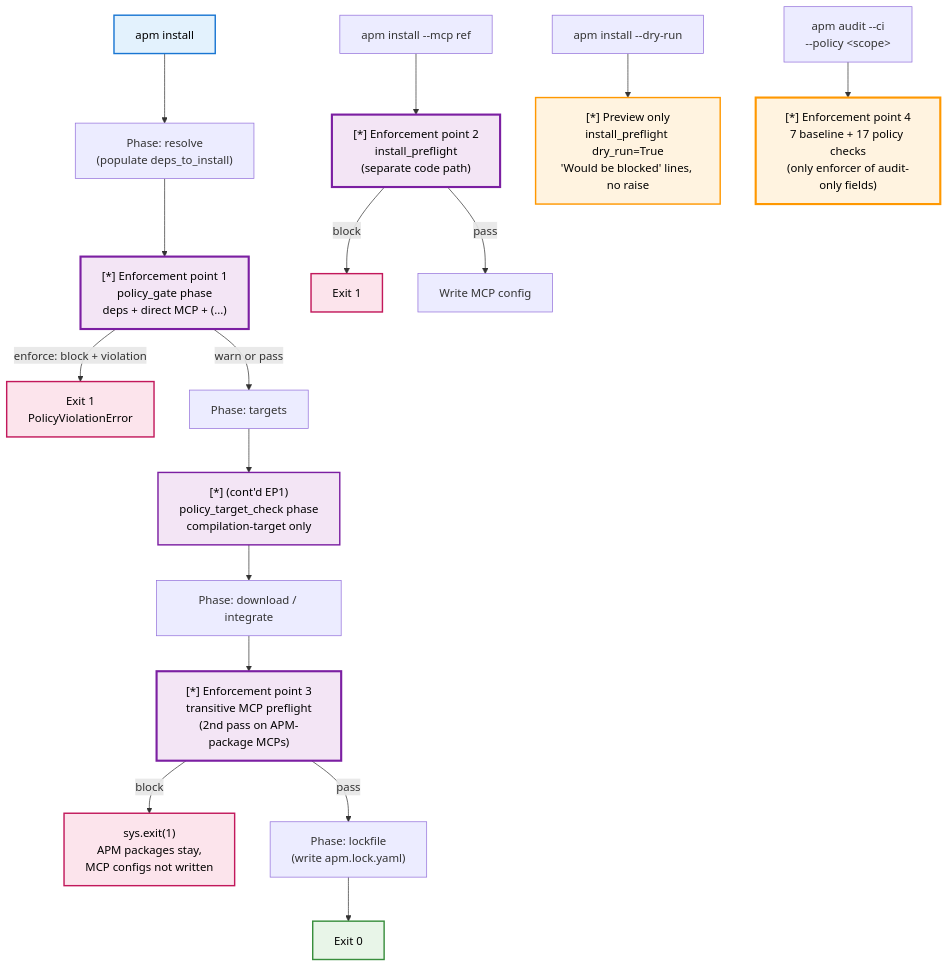
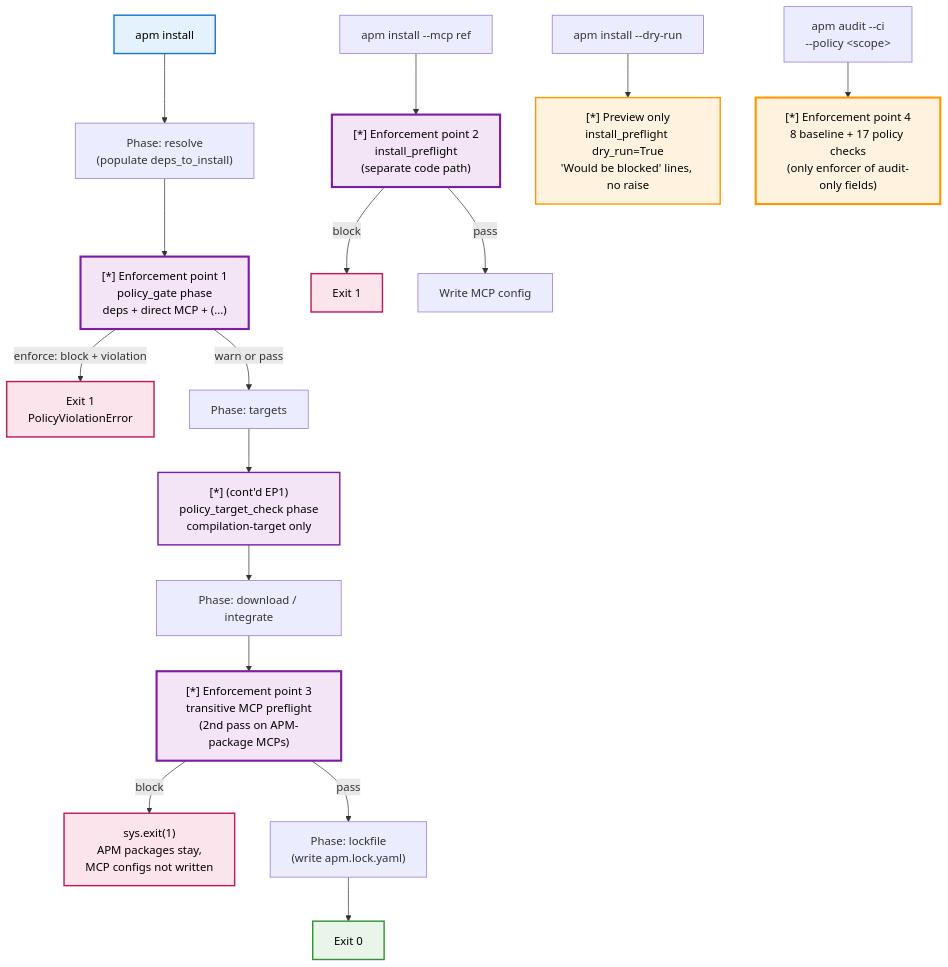
One commit to NeatNerdPrime/apm changed the first of 4 diagrams in docs/src/content/docs/enterprise/governance-guide.md. Above: the diagram before and after it, drawn with Mermaid. The commit also changed other lines of this file and 146 other files, not shown here.

````diff
--- a/docs/src/content/docs/enterprise/governance-guide.md
+++ b/docs/src/content/docs/enterprise/governance-guide.md
@@ -120,33 +120,33 @@
 ```mermaid
 graph TD
     Start["apm install"] --> Resolve["Phase: resolve<br/>(populate deps_to_install)"]
     Resolve --> Gate["[*] Enforcement point 1<br/>policy_gate phase<br/>deps + direct MCP + (...)"]
     Gate -->|enforce: block + violation| Fail1["Exit 1<br/>PolicyViolationError"]
     Gate -->|warn or pass| Targets["Phase: targets"]
     Targets --> TargetCheck["[*] (cont'd EP1)<br/>policy_target_check phase<br/>compilation-target only"]
     TargetCheck --> Download["Phase: download / integrate"]
     Download --> TransMCP["[*] Enforcement point 3<br/>transitive MCP preflight<br/>(2nd pass on APM-package MCPs)"]
     TransMCP -->|block| Fail2["sys.exit(1)<br/>APM packages stay,<br/>MCP configs not written"]
     TransMCP -->|pass| Lockfile["Phase: lockfile<br/>(write apm.lock.yaml)"]
     Lockfile --> Done["Exit 0"]
 
     MCPBranch["apm install --mcp ref"] --> MCPPre["[*] Enforcement point 2<br/>install_preflight<br/>(separate code path)"]
     MCPPre -->|block| Fail3["Exit 1"]
     MCPPre -->|pass| MCPWrite["Write MCP config"]
 
     DryRun["apm install --dry-run"] --> DryPre["[*] Preview only<br/>install_preflight dry_run=True<br/>'Would be blocked' lines, no raise"]
 
-    Audit["apm audit --ci<br/>--policy &lt;scope&gt;"] --> AuditRun["[*] Enforcement point 4<br/>7 baseline + 17 policy checks<br/>(only enforcer of audit-only fields)"]
+    Audit["apm audit --ci<br/>--policy &lt;scope&gt;"] --> AuditRun["[*] Enforcement point 4<br/>8 baseline + 17 policy checks<br/>(only enforcer of audit-only fields)"]
 
     style Start fill:#e3f2fd,stroke:#1976d2,stroke-width:2px,color:#000
     style Gate fill:#f3e5f5,stroke:#7b1fa2,stroke-width:3px,color:#000
     style TargetCheck fill:#f3e5f5,stroke:#7b1fa2,stroke-width:2px,color:#000
     style TransMCP fill:#f3e5f5,stroke:#7b1fa2,stroke-width:3px,color:#000
     style MCPPre fill:#f3e5f5,stroke:#7b1fa2,stroke-width:3px,color:#000
     style AuditRun fill:#fff3e0,stroke:#ff9800,stroke-width:3px,color:#000
     style Fail1 fill:#fce4ec,stroke:#c2185b,stroke-width:2px,color:#000
     style Fail2 fill:#fce4ec,stroke:#c2185b,stroke-width:2px,color:#000
     style Fail3 fill:#fce4ec,stroke:#c2185b,stroke-width:2px,color:#000
     style Done fill:#e8f5e8,stroke:#388e3c,stroke-width:2px,color:#000
     style DryPre fill:#fff3e0,stroke:#ff9800,stroke-width:2px,color:#000
 ```
````
